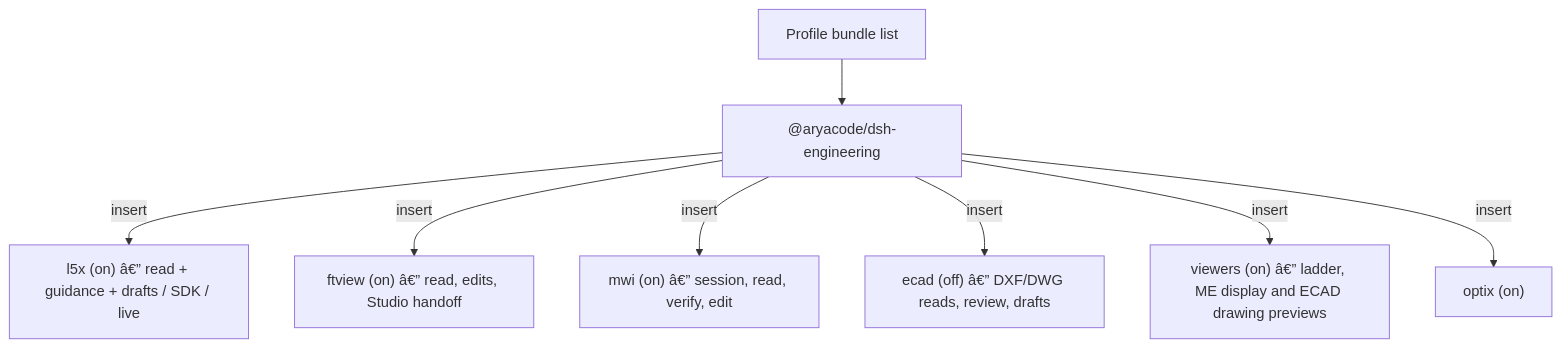
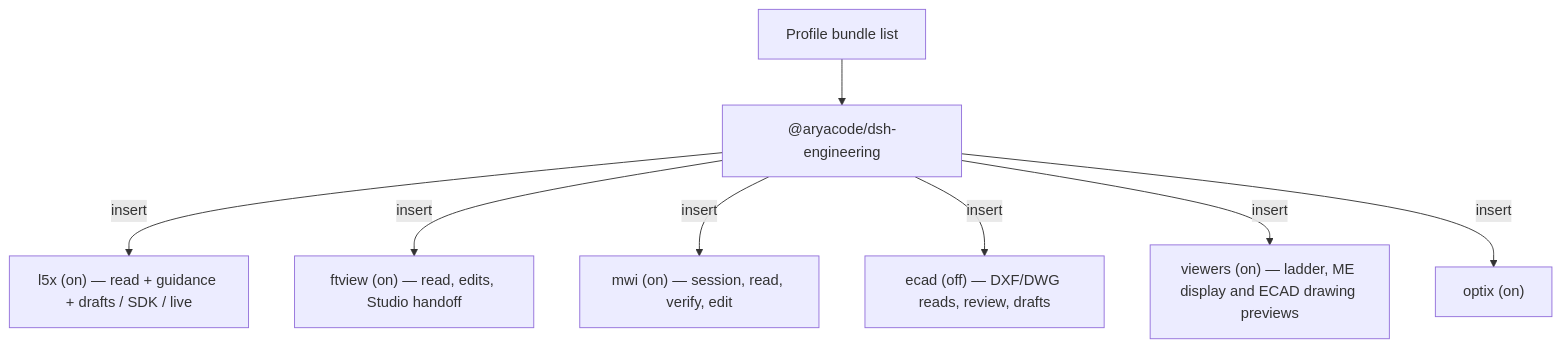
Before and after one commit to KonnectSuite/dsh-engineering: the diagram in README.md, drawn with Mermaid. The commit also changed other lines of this file and 3 other files, not shown here.

Commit message:
docs: describe the Loader-based ECAD writes read and restore the UTF-8 docs

````diff
--- a/README.md
+++ b/README.md
@@ -267,10 +267,10 @@
 ```mermaid
 flowchart TB
   Profile["Profile bundle list"] --> Bundle["@aryacode/dsh-engineering"]
-  Bundle -->|insert| L5X["l5x (on) â€” read + guidance + drafts / SDK / live"]
-  Bundle -->|insert| FTV["ftview (on) â€” read, edits, Studio handoff"]
-  Bundle -->|insert| MWI["mwi (on) â€” session, read, verify, edit"]
-  Bundle -->|insert| ECAD["ecad (off) â€” DXF/DWG reads, review, drafts"]
-  Bundle -->|insert| Viewers["viewers (on) â€” ladder, ME display and ECAD drawing previews"]
+  Bundle -->|insert| L5X["l5x (on) — read + guidance + drafts / SDK / live"]
+  Bundle -->|insert| FTV["ftview (on) — read, edits, Studio handoff"]
+  Bundle -->|insert| MWI["mwi (on) — session, read, verify, edit"]
+  Bundle -->|insert| ECAD["ecad (off) — DXF/DWG reads, review, drafts"]
+  Bundle -->|insert| Viewers["viewers (on) — ladder, ME display and ECAD drawing previews"]
   Bundle -->|insert| Optix["optix (on)"]
 ```
````
